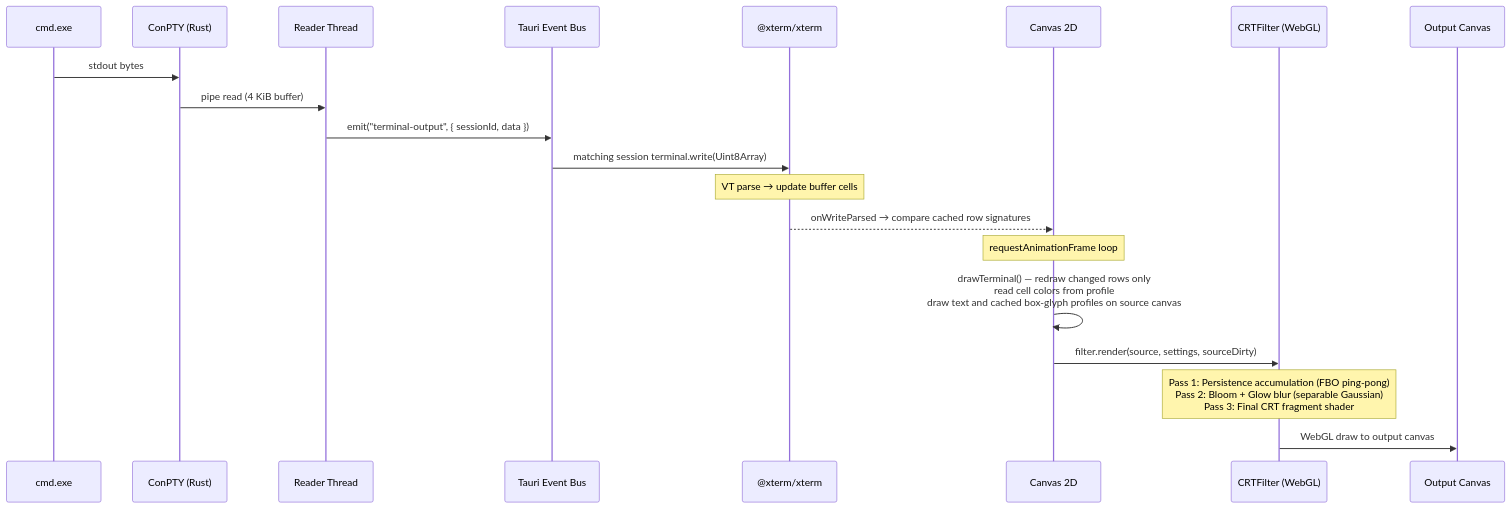
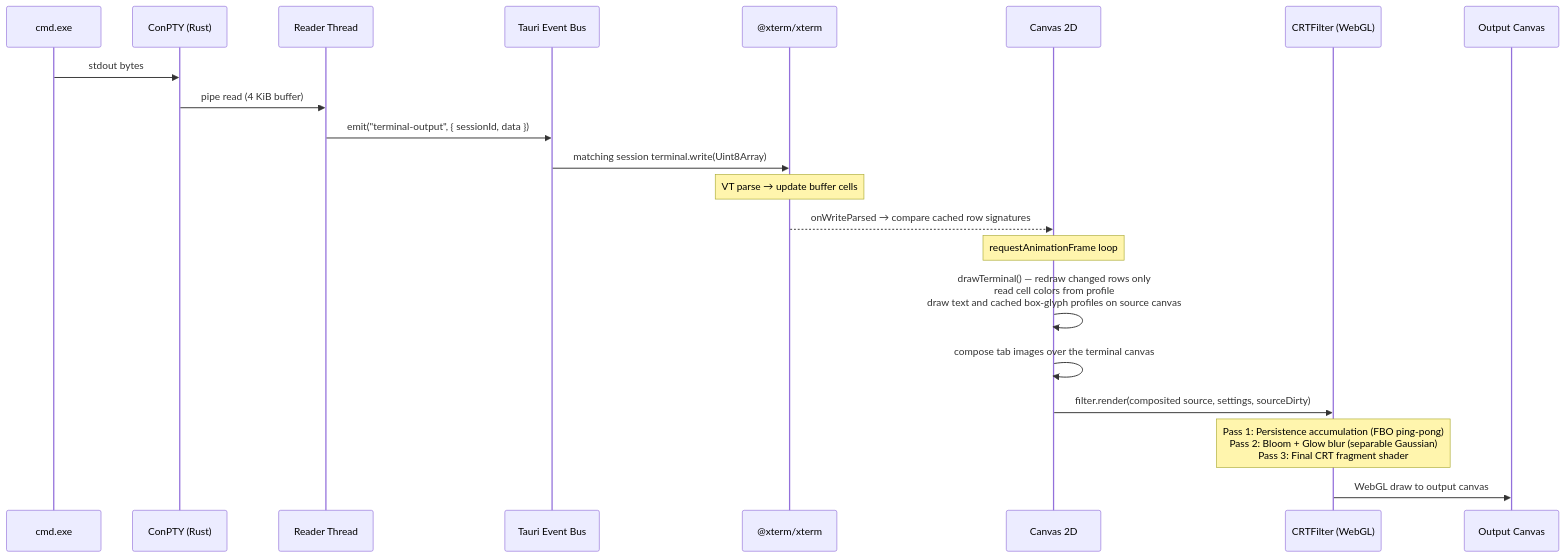
Before and after one commit to z-hunter/Scanline-Term: the second of 6 diagrams in docs/02-architecture.md, drawn with Mermaid. The commit also changed other lines of this file and 16 other files, not shown here.

Commit message:
Add terminal tab image overlays

````diff
--- a/docs/02-architecture.md
+++ b/docs/02-architecture.md
@@ -109,23 +113,24 @@
 ```mermaid
 sequenceDiagram
     participant Shell as cmd.exe
     participant ConPTY as ConPTY (Rust)
     participant Reader as Reader Thread
     participant Tauri as Tauri Event Bus
     participant Xterm as @xterm/xterm
     participant Canvas as Canvas 2D
     participant CRT as CRTFilter (WebGL)
     participant Screen as Output Canvas
 
     Shell->>ConPTY: stdout bytes
     ConPTY->>Reader: pipe read (4 KiB buffer)
     Reader->>Tauri: emit("terminal-output", { sessionId, data })
     Tauri->>Xterm: matching session terminal.write(Uint8Array)
     Note over Xterm: VT parse → update buffer cells
     Xterm-->>Canvas: onWriteParsed → compare cached row signatures
     Note over Canvas: requestAnimationFrame loop
     Canvas->>Canvas: drawTerminal() — redraw changed rows only<br/>read cell colors from profile<br/>draw text and cached box-glyph profiles on source canvas
-    Canvas->>CRT: filter.render(source, settings, sourceDirty)
+    Canvas->>Canvas: compose tab images over the terminal canvas
+    Canvas->>CRT: filter.render(composited source, settings, sourceDirty)
     Note over CRT: Pass 1: Persistence accumulation (FBO ping-pong)<br/>Pass 2: Bloom + Glow blur (separable Gaussian)<br/>Pass 3: Final CRT fragment shader
     CRT->>Screen: WebGL draw to output canvas
 ```
````
